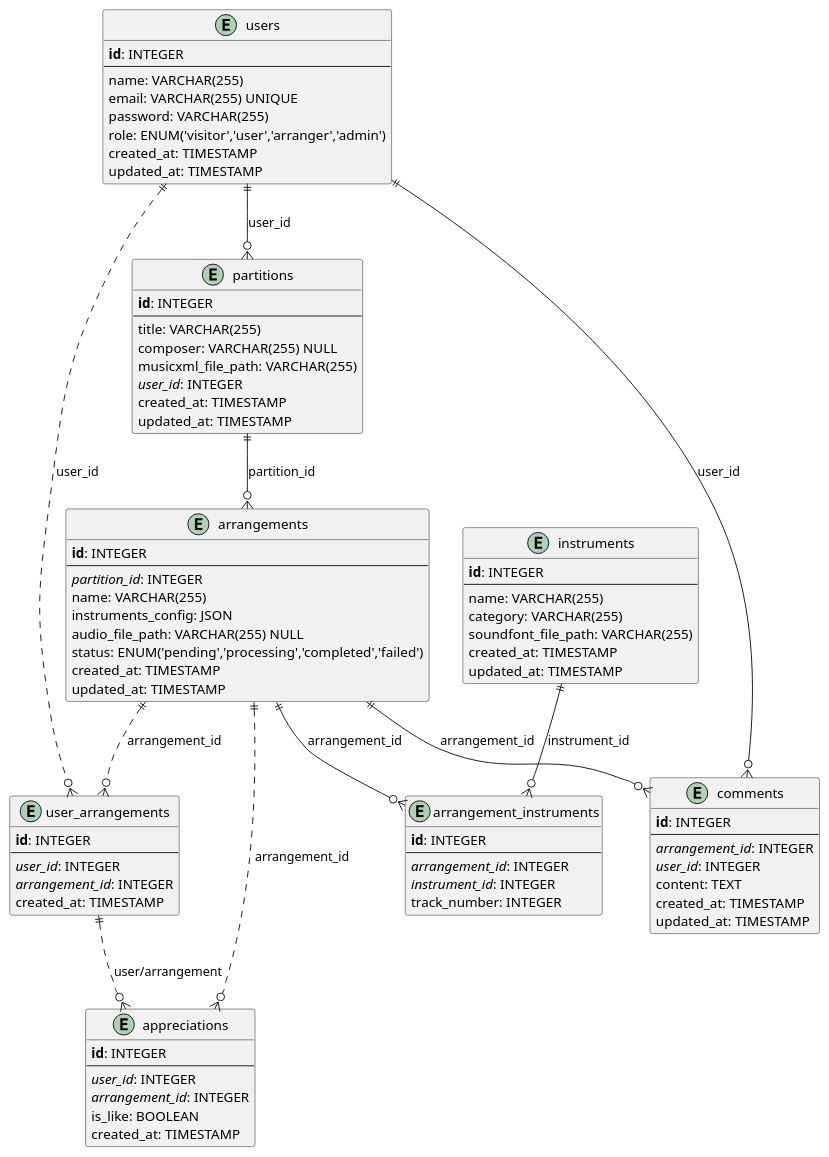
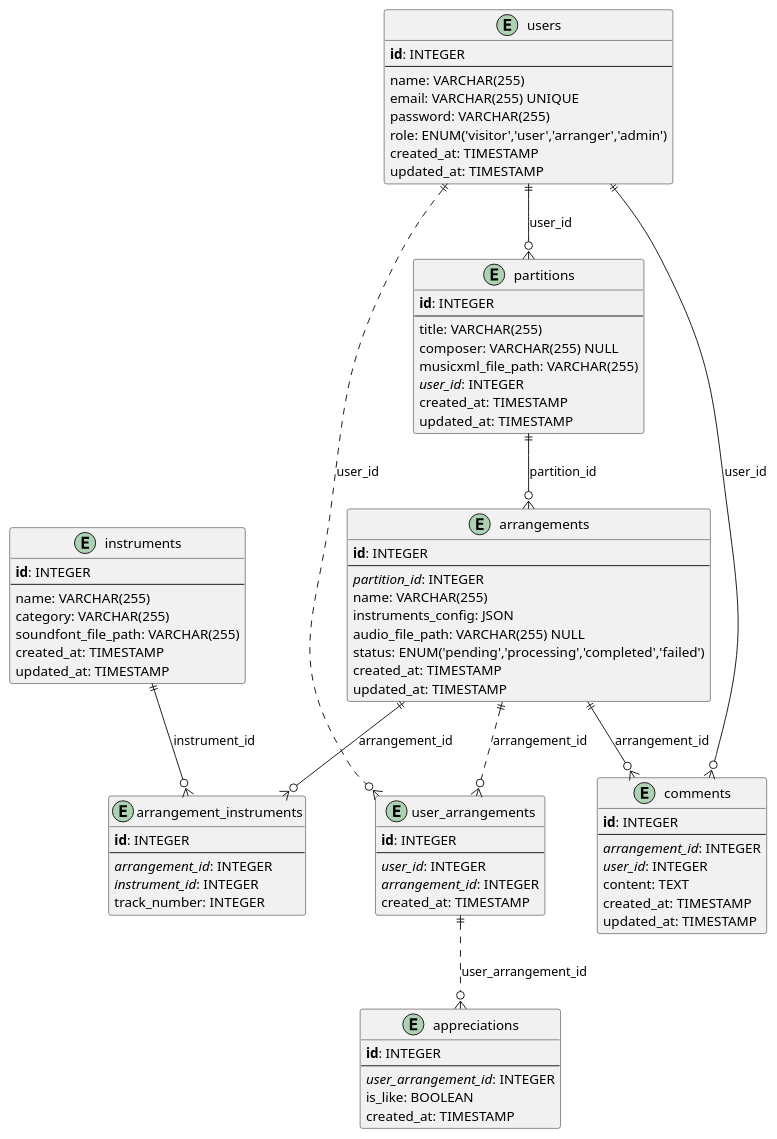
One commit to OretrO/Len-Synphonie changed the second of 2 diagrams in README.md. Above: the diagram before and after it, drawn with PlantUML. The commit also changed other lines of this file, not shown here.

```diff
--- a/README.md
+++ b/README.md
@@ -197,20 +192,19 @@
   updated_at: TIMESTAMP
 }
 
-entity "appreciations" as appreciations {
-  <b>id</b>: INTEGER
-  --
-  <i>user_id</i>: INTEGER
-  <i>arrangement_id</i>: INTEGER
-  is_like: BOOLEAN
-  created_at: TIMESTAMP
-}
-
 entity "user_arrangements" as user_arrangements {
   <b>id</b>: INTEGER
   --
   <i>user_id</i>: INTEGER
   <i>arrangement_id</i>: INTEGER
+  created_at: TIMESTAMP
+}
+
+entity "appreciations" as appreciations {
+  <b>id</b>: INTEGER
+  --
+  <i>user_arrangement_id</i>: INTEGER
+  is_like: BOOLEAN
   created_at: TIMESTAMP
 }
 
@@ -220,8 +214,7 @@
 users ||..o{ user_arrangements : "user_id"
 arrangements ||..o{ user_arrangements : "arrangement_id"
 
-user_arrangements ||..o{ appreciations : "user/arrangement"
-arrangements ||..o{ appreciations : "arrangement_id"
+user_arrangements ||..o{ appreciations : "user_arrangement_id"
 
 partitions ||--o{ arrangements : "partition_id"
 
```
